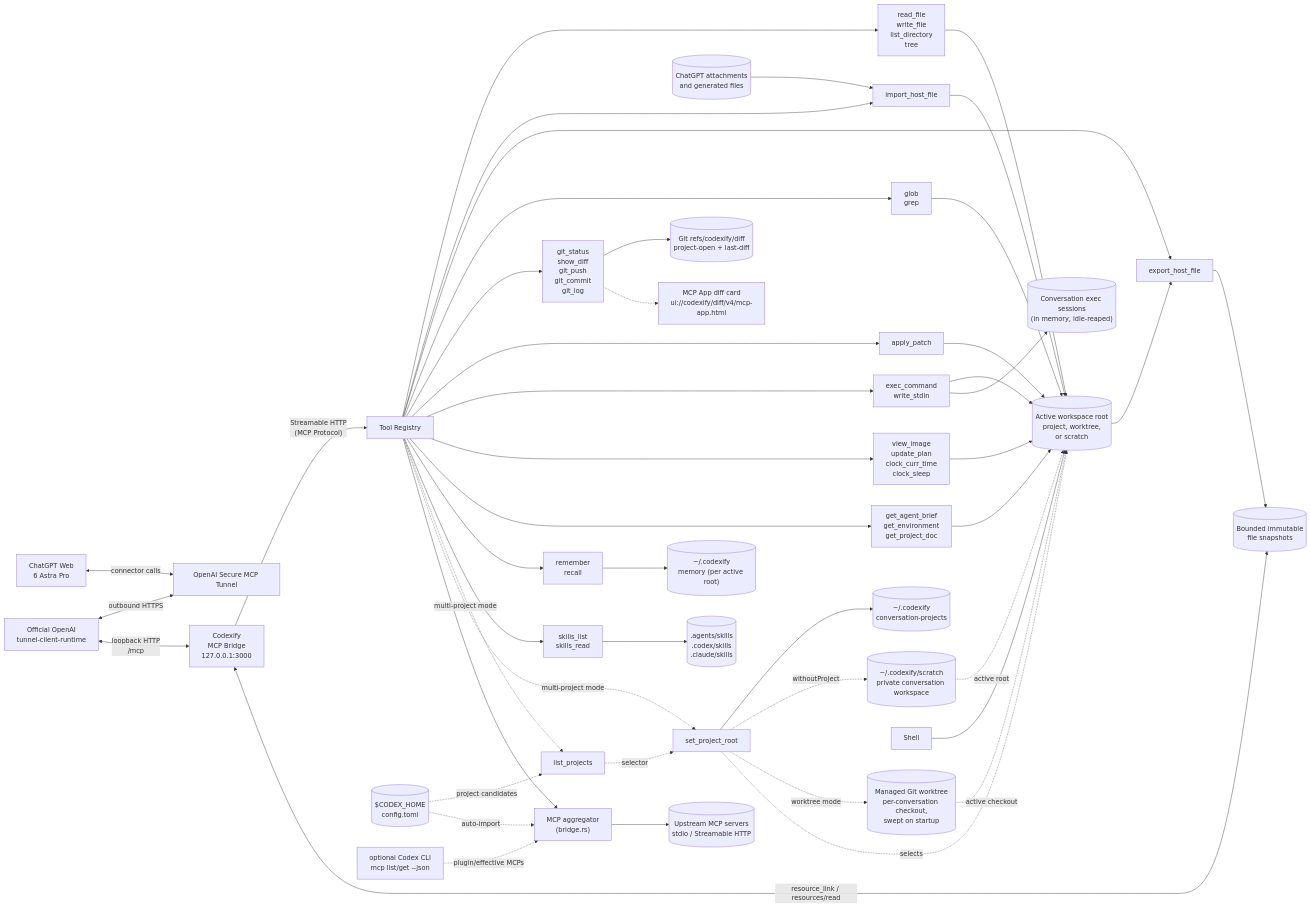
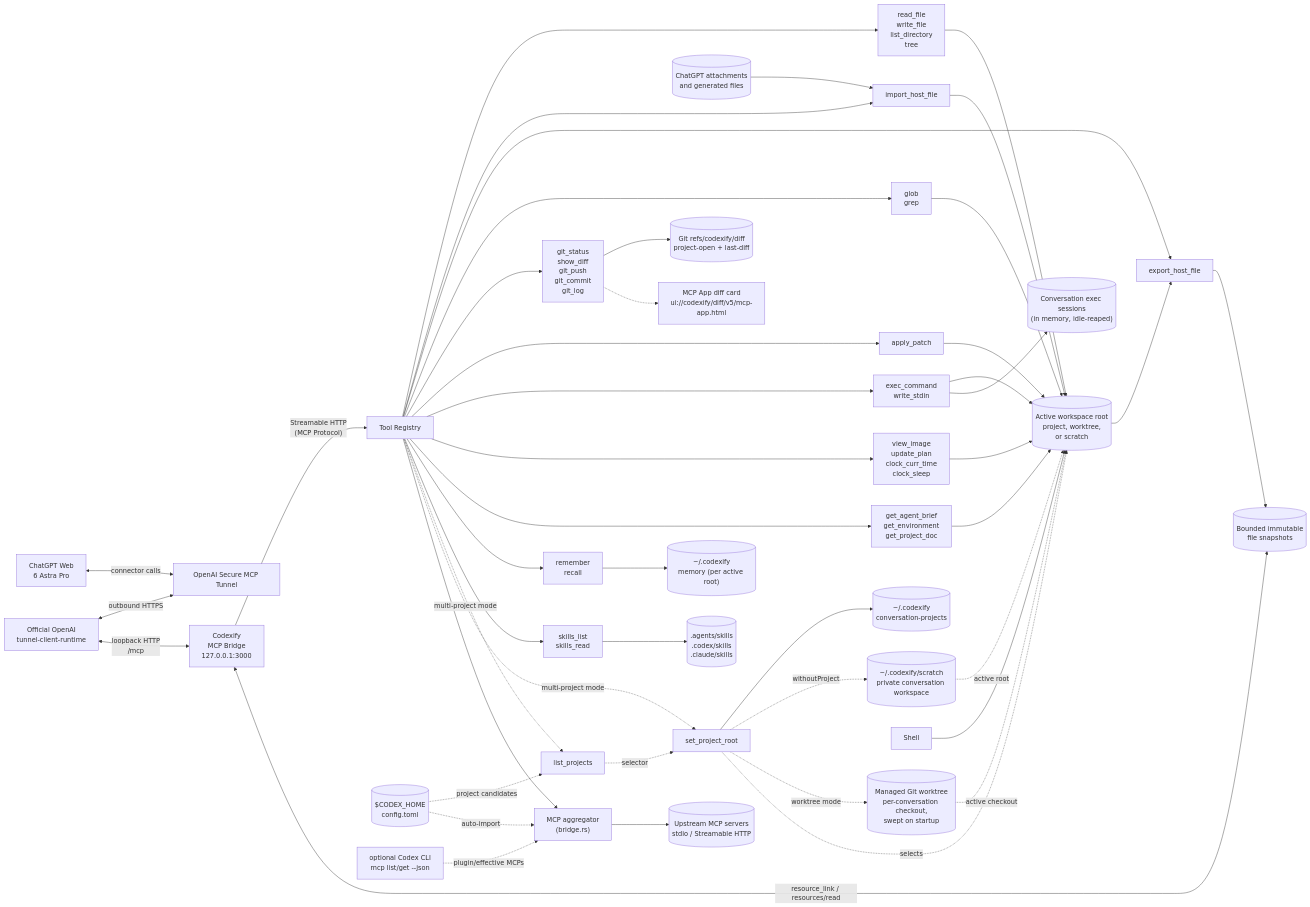
Before and after one commit to thesunwave/codexify: the diagram in README.md, drawn with Mermaid. The commit also changed other lines of this file and 4 other files, not shown here.

```diff
--- a/README.md
+++ b/README.md
@@ -45,7 +45,7 @@
     Worktree[("Managed Git worktree\nper-conversation checkout,\nswept on startup")]
     ExecSessions[("Conversation exec sessions\n(in memory, idle-reaped)")]
     DiffRefs[("Git refs/codexify/diff\nproject-open + last-diff")]
-    DiffUI["MCP App diff card\nui://codexify/diff/v4/mcp-app.html"]
+    DiffUI["MCP App diff card\nui://codexify/diff/v5/mcp-app.html"]
     SkillDirs[(".agents/skills\n.codex/skills\n.claude/skills")]
     CodexCfg[("$CODEX_HOME\nconfig.toml")]
     CodexCli["optional Codex CLI\nmcp list/get --json"]
```
